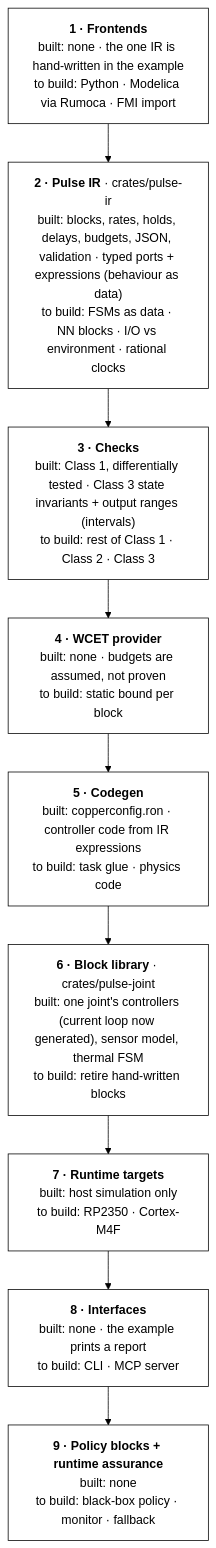
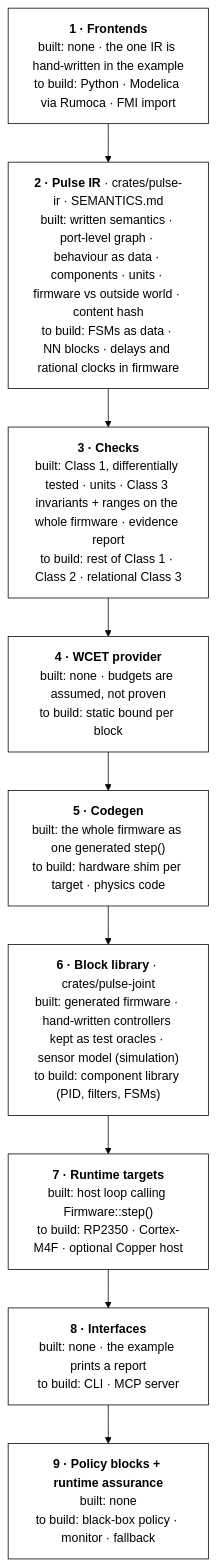
The diagram in README.md (Aragosta/Pulse), drawn with Mermaid before and after one commit. The commit also changed other lines of this file and 8 other files, not shown here.

First line of the commit message:
Write down the IR semantics; evidence bound to the IR's hash

````diff
--- a/README.md
+++ b/README.md
@@ -8,17 +8,17 @@
 ```mermaid
 flowchart TB
     L1["<b>1 · Frontends</b><br/>built: none · the one IR is hand-written in the example<br/>to build: Python · Modelica via Rumoca · FMI import"]
-    L2["<b>2 · Pulse IR</b> · crates/pulse-ir<br/>built: blocks, rates, holds, delays, budgets, JSON, validation · typed ports + expressions (behaviour as data)<br/>to build: FSMs as data · NN blocks · I/O vs environment · rational clocks"]
-    L3["<b>3 · Checks</b><br/>built: Class 1, differentially tested · Class 3 state invariants + output ranges (intervals)<br/>to build: rest of Class 1 · Class 2 · Class 3"]
+    L2["<b>2 · Pulse IR</b> · crates/pulse-ir · SEMANTICS.md<br/>built: written semantics · port-level graph · behaviour as data · components · units · firmware vs outside world · content hash<br/>to build: FSMs as data · NN blocks · delays and rational clocks in firmware"]
+    L3["<b>3 · Checks</b><br/>built: Class 1, differentially tested · units · Class 3 invariants + ranges on the whole firmware · evidence report<br/>to build: rest of Class 1 · Class 2 · relational Class 3"]
     L4["<b>4 · WCET provider</b><br/>built: none · budgets are assumed, not proven<br/>to build: static bound per block"]
-    L5["<b>5 · Codegen</b><br/>built: copperconfig.ron · controller code from IR expressions<br/>to build: task glue · physics code"]
-    L6["<b>6 · Block library</b> · crates/pulse-joint<br/>built: one joint's controllers (current loop now generated), sensor model, thermal FSM<br/>to build: retire hand-written blocks"]
-    L7["<b>7 · Runtime targets</b><br/>built: host simulation only<br/>to build: RP2350 · Cortex-M4F"]
+    L5["<b>5 · Codegen</b><br/>built: the whole firmware as one generated step()<br/>to build: hardware shim per target · physics code"]
+    L6["<b>6 · Block library</b> · crates/pulse-joint<br/>built: generated firmware · hand-written controllers kept as test oracles · sensor model (simulation)<br/>to build: component library (PID, filters, FSMs)"]
+    L7["<b>7 · Runtime targets</b><br/>built: host loop calling Firmware::step()<br/>to build: RP2350 · Cortex-M4F · optional Copper host"]
     L8["<b>8 · Interfaces</b><br/>built: none · the example prints a report<br/>to build: CLI · MCP server"]
     L9["<b>9 · Policy blocks + runtime assurance</b><br/>built: none<br/>to build: black-box policy · monitor · fallback"]
 
     L1 --> L2 --> L3 --> L4 --> L5 --> L6 --> L7 --> L8 --> L9
 
     classDef default fill:#fff,stroke:#000,color:#000
     linkStyle default stroke:#000
 ```
````
